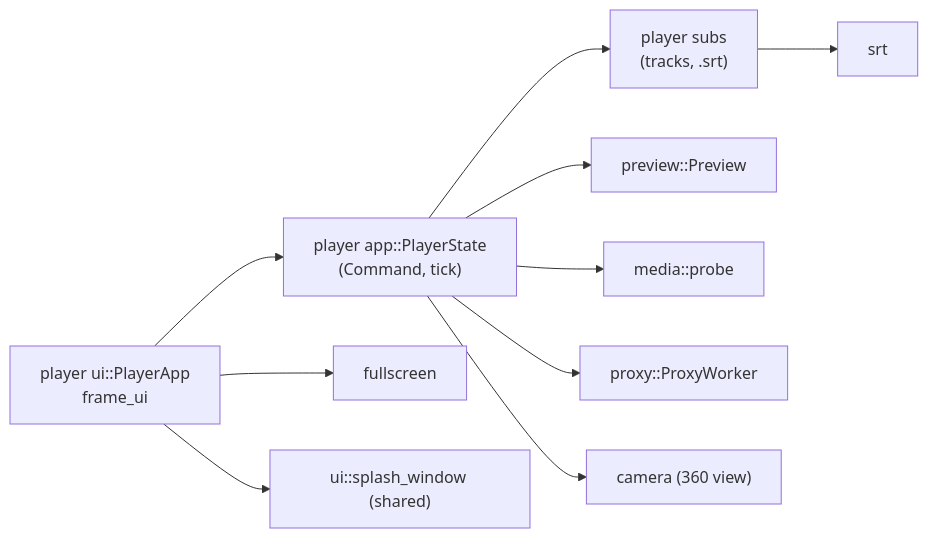
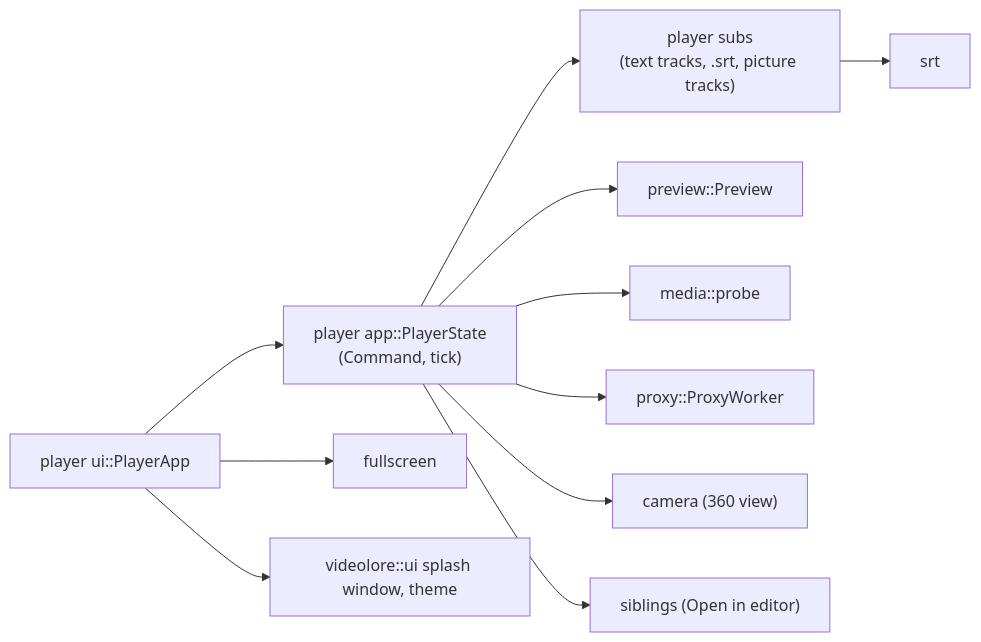
Before and after one commit to andrealorenzani/videolore: the fifth of 5 diagrams in docs/code-architecture.md, drawn with Mermaid. The commit also changed other lines of this file and 245 other files, not shown here.

````diff
--- a/docs/code-architecture.md
+++ b/docs/code-architecture.md
@@ -179,12 +133,13 @@
 ```mermaid
 flowchart LR
-  PUI["player ui::PlayerApp<br/>frame_ui"] --> PST["player app::PlayerState<br/>(Command, tick)"]
+  PUI["player ui::PlayerApp"] --> PST["player app::PlayerState<br/>(Command, tick)"]
   PUI --> FS["fullscreen"]
-  PST --> SUBS["player subs<br/>(tracks, .srt)"]
-  PST --> preview2["preview::Preview"]
-  PST --> media2["media::probe"]
-  PST --> proxy2["proxy::ProxyWorker"]
-  PST --> camera2["camera (360 view)"]
-  SUBS --> srt2["srt"]
-  PUI --> splash2["ui::splash_window (shared)"]
+  PUI --> SPL["videolore::ui splash window, theme"]
+  PST --> SUBS["player subs<br/>(text tracks, .srt, picture tracks)"]
+  PST --> PRE["preview::Preview"]
+  PST --> MED["media::probe"]
+  PST --> PRX2["proxy::ProxyWorker"]
+  PST --> CAM["camera (360 view)"]
+  PST --> SIB["siblings (Open in editor)"]
+  SUBS --> SRT["srt"]
 ```
````
